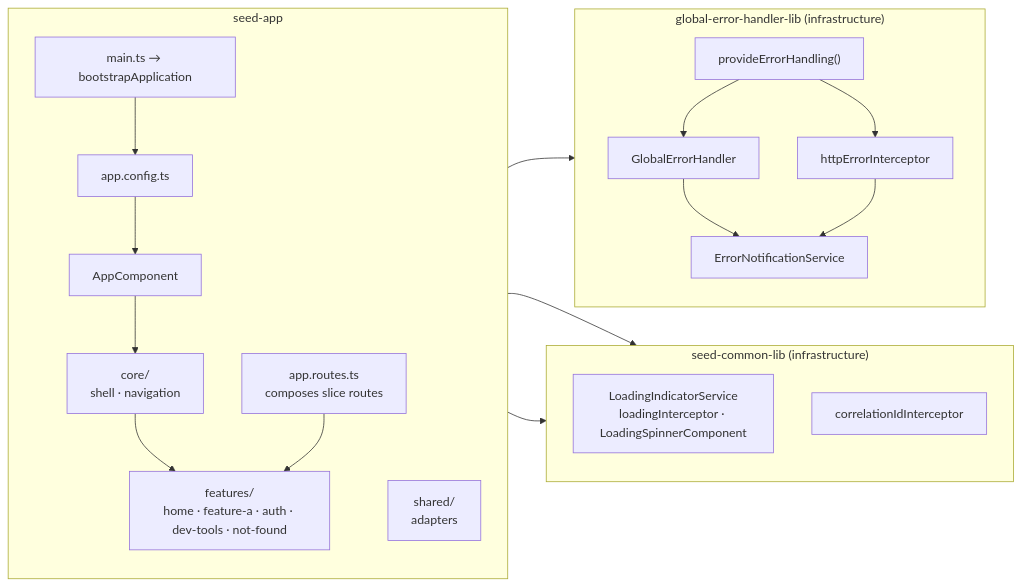
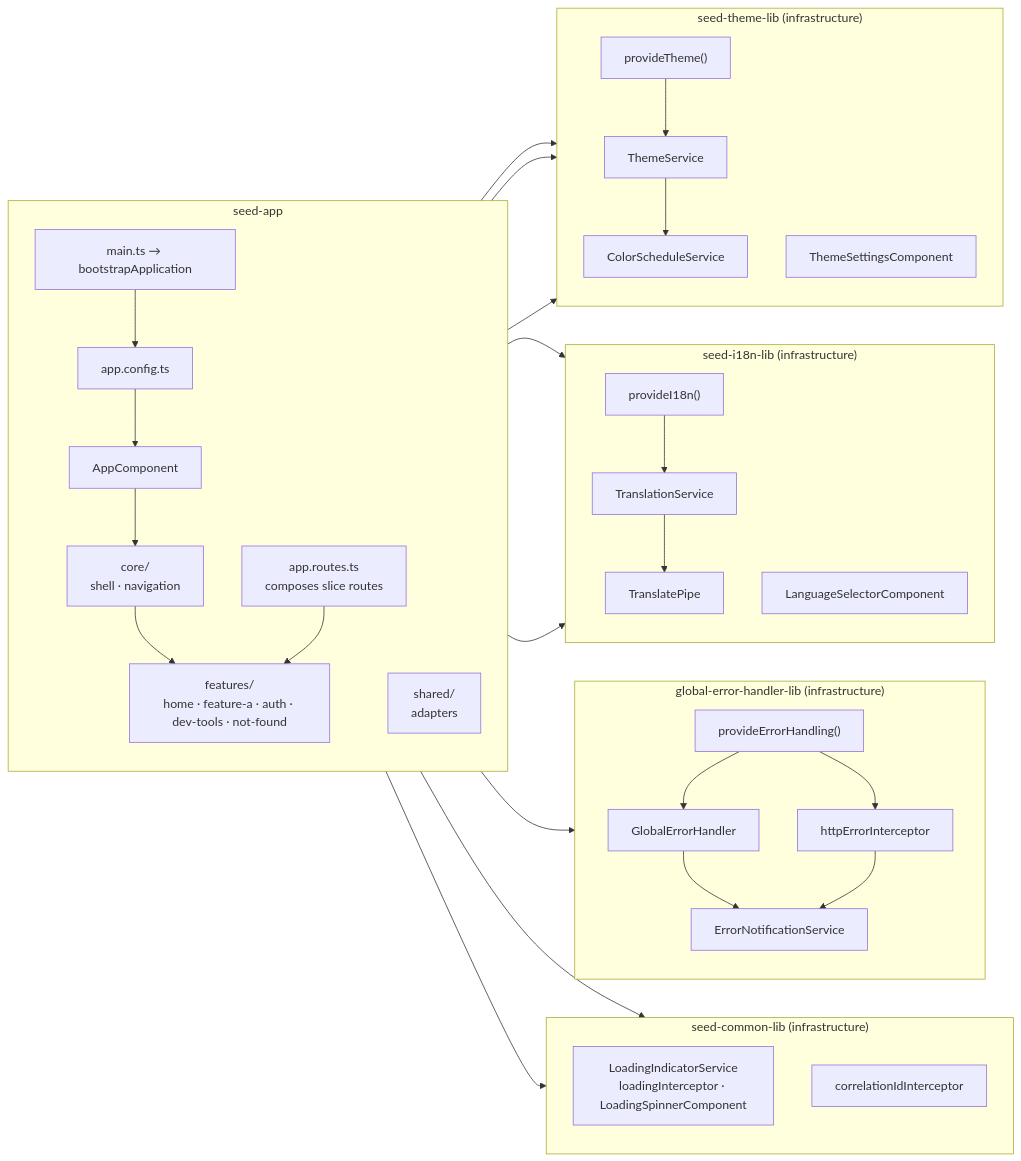
Before and after one commit to lkovari/angular-seed: the second of 14 diagrams in README.md, drawn with Mermaid. The commit also changed other lines of this file and 45 other files, not shown here.

````diff
--- a/README.md
+++ b/README.md
@@ -80,40 +81,65 @@
 ```mermaid
 graph LR
   subgraph seedApp["seed-app"]
     direction TB
     bootstrap["main.ts → bootstrapApplication"]
     config["app.config.ts"]
     root["AppComponent"]
     core["core/<br/>shell · navigation"]
     features["features/<br/>home · feature-a · auth · dev-tools · not-found"]
     sharedApp["shared/<br/>adapters"]
     routes["app.routes.ts<br/>composes slice routes"]
   end
 
   subgraph seedCommon["seed-common-lib (infrastructure)"]
     direction TB
     loading["LoadingIndicatorService<br/>loadingInterceptor · LoadingSpinnerComponent"]
     correlation["correlationIdInterceptor"]
   end
 
   subgraph errorLib["global-error-handler-lib (infrastructure)"]
     direction TB
     provider["provideErrorHandling()"]
     handler["GlobalErrorHandler"]
     httpErr["httpErrorInterceptor"]
     notify["ErrorNotificationService"]
   end
 
+  subgraph i18nLib["seed-i18n-lib (infrastructure)"]
+    direction TB
+    i18nProvider["provideI18n()"]
+    translationSvc["TranslationService"]
+    translatePipe["TranslatePipe"]
+    langSelector["LanguageSelectorComponent"]
+  end
+
+  subgraph themeLib["seed-theme-lib (infrastructure)"]
+    direction TB
+    themeProvider["provideTheme()"]
+    themeSvc["ThemeService"]
+    scheduleSvc["ColorScheduleService"]
+    themeSettings["ThemeSettingsComponent"]
+  end
+
   bootstrap --> config
   config --> root
   root --> core
   core --> features
   routes --> features
   config --> loading
   config --> correlation
   config --> provider
+  config --> i18nProvider
+  config --> themeProvider
   provider --> handler
   provider --> httpErr
   handler --> notify
   httpErr --> notify
+  i18nProvider --> translationSvc
+  translationSvc --> translatePipe
+  root --> langSelector
+  root --> themeSettings
+  themeProvider --> themeSvc
+  themeSvc --> scheduleSvc
+  sharedApp --> themeSettings
 ```
````
